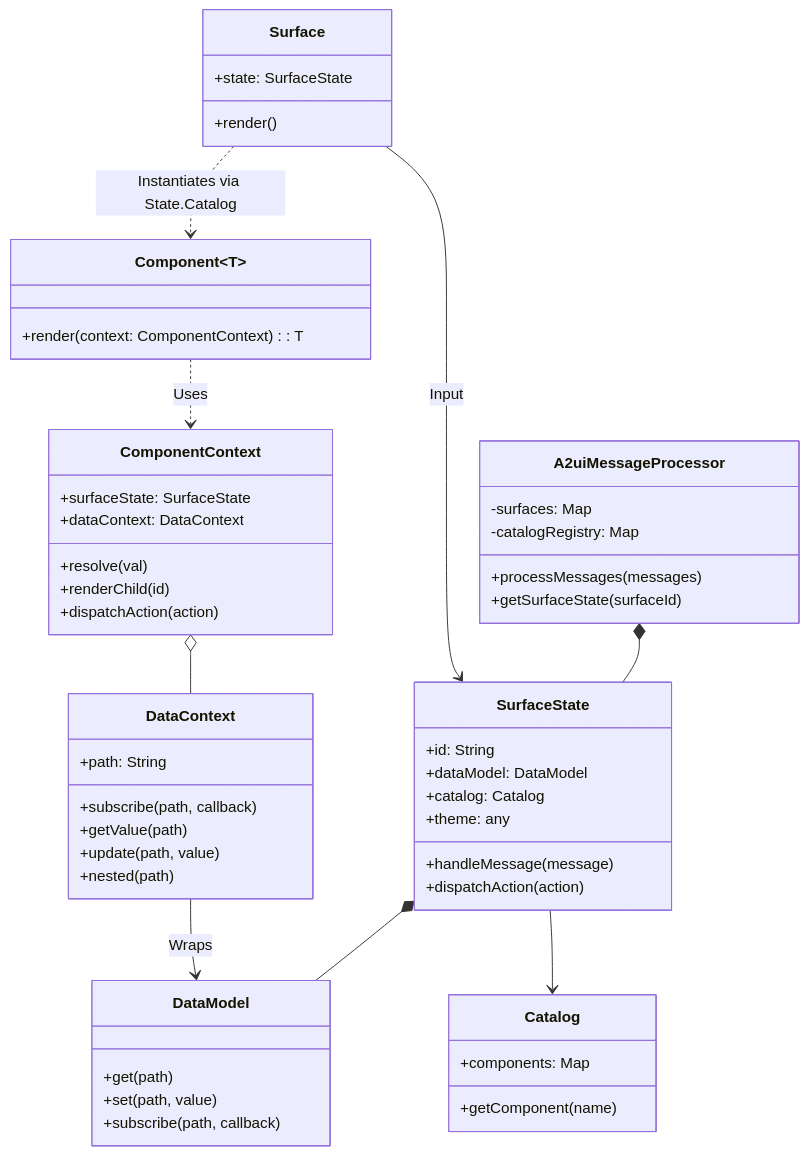
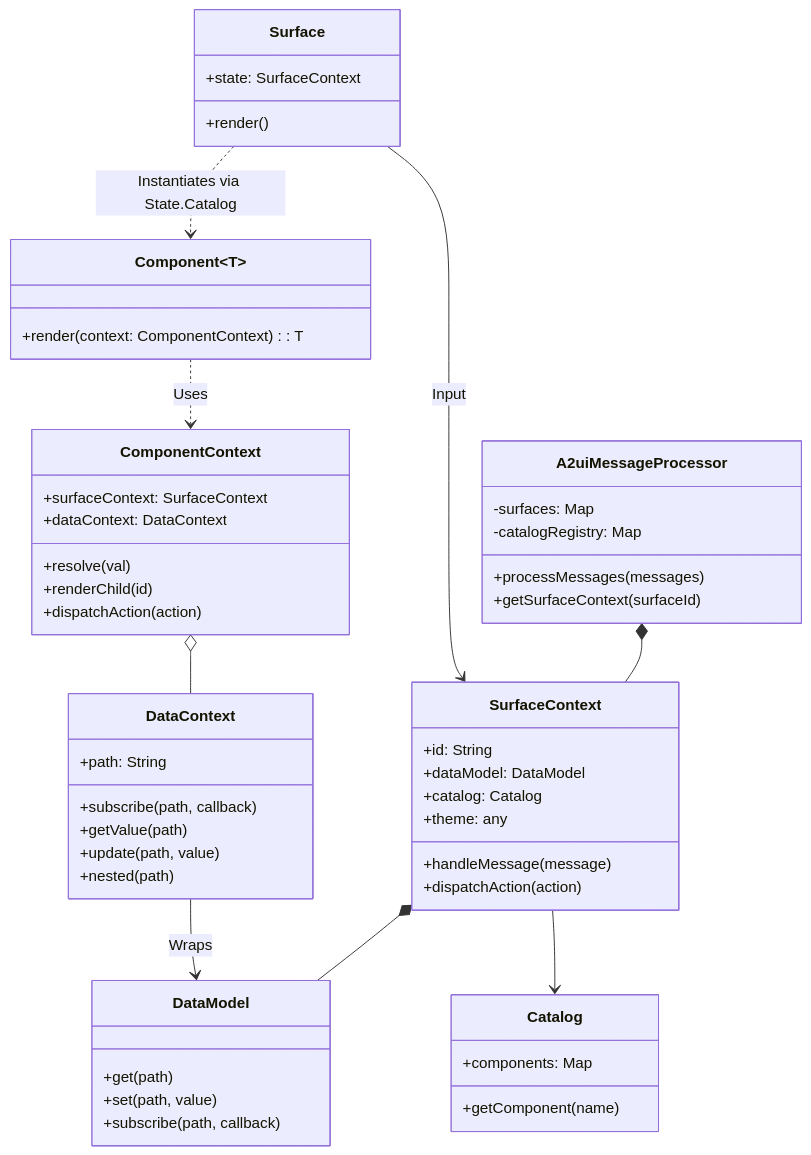
The diagram in specification/v0_9/docs/web_renderers.md (google/A2UI), drawn with Mermaid before and after one commit. The commit also changed other lines of this file, not shown here.

Commit message:
Add rename surface state to surface context

````diff
--- a/specification/v0_9/docs/web_renderers.md
+++ b/specification/v0_9/docs/web_renderers.md
@@ -56,63 +56,63 @@
 ```mermaid
 classDiagram
     class A2uiMessageProcessor {
         +processMessages(messages)
-        +getSurfaceState(surfaceId)
-        -surfaces: Map<String, SurfaceState>
+        +getSurfaceContext(surfaceId)
+        -surfaces: Map<String, SurfaceContext>
         -catalogRegistry: Map<String, Catalog>
     }
 
-    class SurfaceState {
+    class SurfaceContext {
         +id: String
         +dataModel: DataModel
         +catalog: Catalog
         +theme: any
         +handleMessage(message)
         +dispatchAction(action)
     }
 
     class DataModel {
         +get(path)
         +set(path, value)
         +subscribe(path, callback)
     }
 
     class DataContext {
         +path: String
         +subscribe(path, callback)
         +getValue(path)
         +update(path, value)
         +nested(path)
     }
 
     class Surface {
-        +state: SurfaceState
+        +state: SurfaceContext
         +render()
     }
 
     class Catalog {
         +components: Map
         +getComponent(name)
     }
 
     class Component~T~ {
         +render(context: ComponentContext): T
     }
 
     class ComponentContext {
-        +surfaceState: SurfaceState
+        +surfaceContext: SurfaceContext
         +dataContext: DataContext
         +resolve(val)
         +renderChild(id)
         +dispatchAction(action)
     }
 
-    A2uiMessageProcessor *-- SurfaceState
-    SurfaceState *-- DataModel
-    SurfaceState --> Catalog
-    Surface --> SurfaceState : Input
+    A2uiMessageProcessor *-- SurfaceContext
+    SurfaceContext *-- DataModel
+    SurfaceContext --> Catalog
+    Surface --> SurfaceContext : Input
     Surface ..> Component : Instantiates via State.Catalog
     Component ..> ComponentContext : Uses
     ComponentContext o-- DataContext
     DataContext --> DataModel : Wraps
 ```
````
